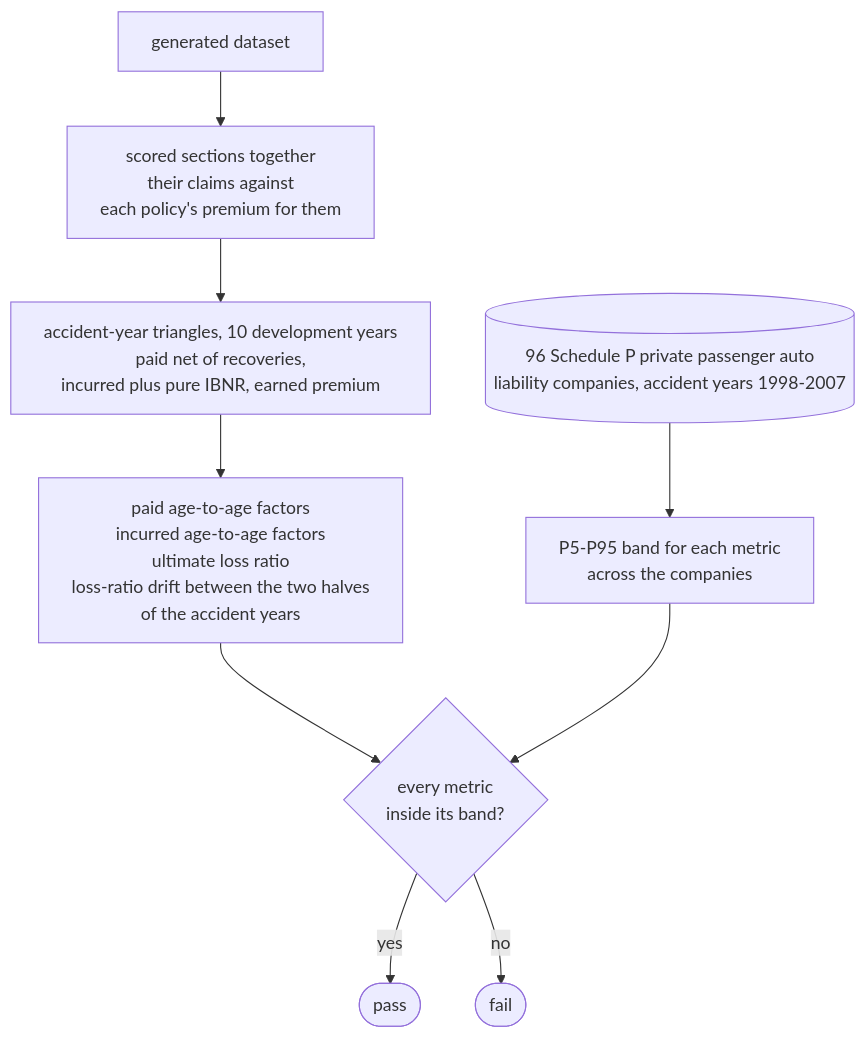
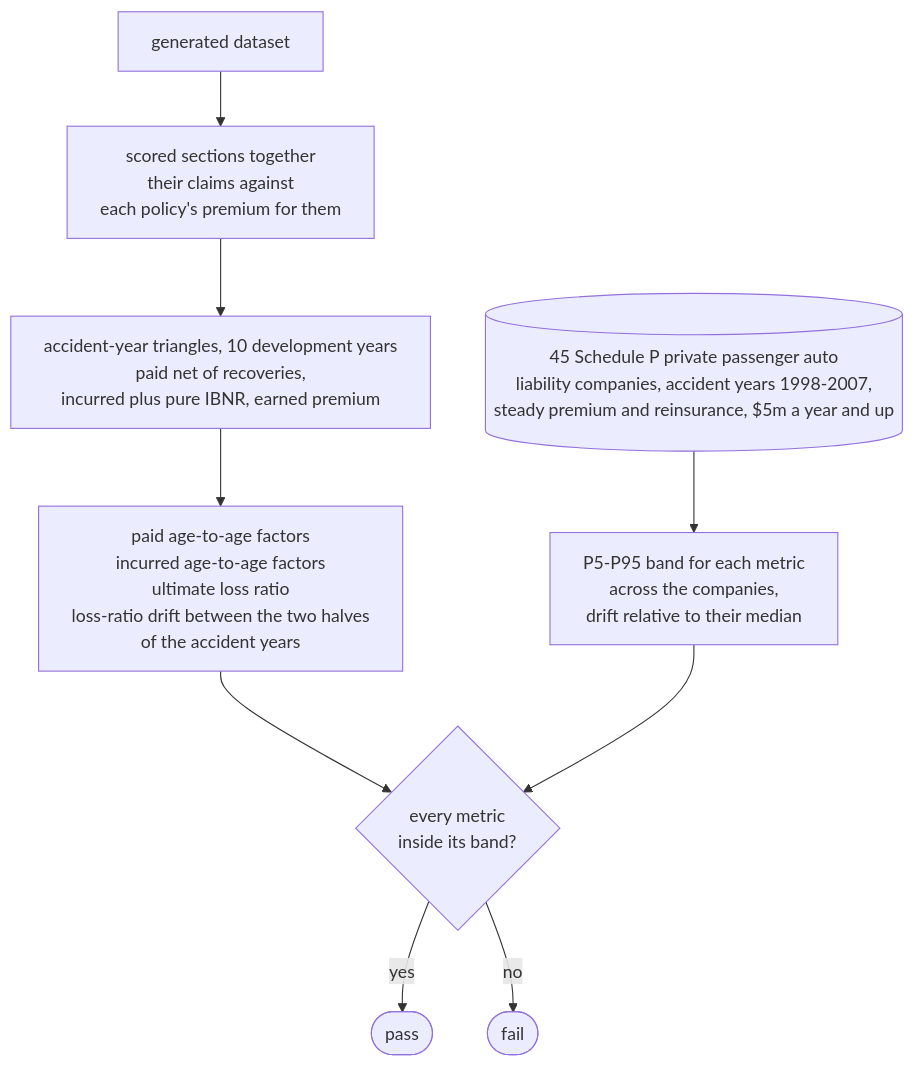
Before and after one commit to le-marais/claims-data-generator: the tenth of 10 diagrams in README.md, drawn with Mermaid. The commit also changed other lines of this file and 10 other files, not shown here.

````diff
--- a/README.md
+++ b/README.md
@@ -384,17 +384,17 @@
 ```mermaid
 %%{init: {"flowchart": {"wrappingWidth": 480}}}%%
 flowchart TD
     dataset["generated dataset"]
     section["scored sections together<br/>their claims against<br/>each policy's premium for them"]
     triangles["accident-year triangles, 10 development years<br/>paid net of recoveries,<br/>incurred plus pure IBNR, earned premium"]
     metrics["paid age-to-age factors<br/>incurred age-to-age factors<br/>ultimate loss ratio<br/>loss-ratio drift between the two halves<br/>of the accident years"]
-    references[("96 Schedule P private passenger auto<br/>liability companies, accident years 1998-2007")]
-    bands["P5-P95 band for each metric<br/>across the companies"]
+    references[("45 Schedule P private passenger auto<br/>liability companies, accident years 1998-2007,<br/>steady premium and reinsurance, $5m a year and up")]
+    bands["P5-P95 band for each metric<br/>across the companies,<br/>drift relative to their median"]
     verdict{"every metric<br/>inside its band?"}
     pass(["pass"])
     fail(["fail"])
     dataset --> section --> triangles --> metrics --> verdict
     references --> bands --> verdict
     verdict -- "yes" --> pass
     verdict -- "no" --> fail
 ```
````
